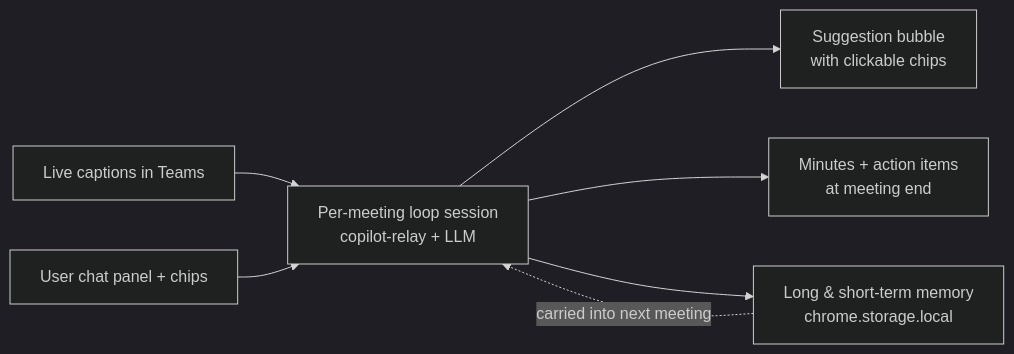
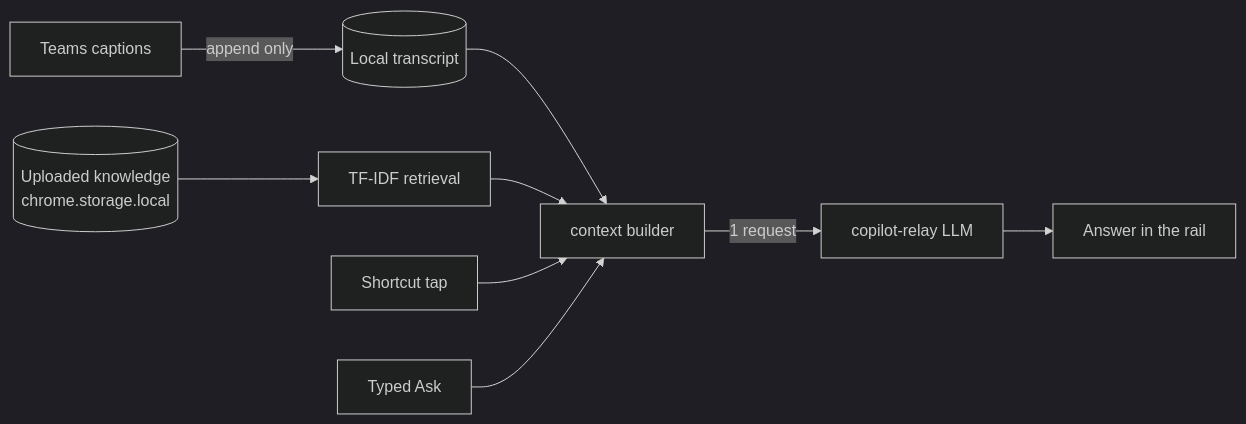
One commit to lalalic/team-mate changed the diagram in README.md. Above: the diagram before and after it, drawn with Mermaid (dark theme). The commit also changed other lines of this file and 56 other files, not shown here.

````diff
--- a/README.md
+++ b/README.md
@@ -15,9 +23,11 @@
 ```mermaid
 flowchart LR
-    Captions[Live captions in Teams] --> Loop
-    UserChat[User chat panel + chips] --> Loop
-    Loop[Per-meeting loop session<br/>copilot-relay + LLM] --> Bubble[Suggestion bubble<br/>with clickable chips]
-    Loop --> Minutes[Minutes + action items<br/>at meeting end]
-    Loop --> Memory[Long & short-term memory<br/>chrome.storage.local]
-    Memory -. carried into next meeting .-> Loop
+    C[Teams captions] -->|append only| T[(Local transcript)]
+    K[(Uploaded knowledge<br/>chrome.storage.local)] --> R[TF-IDF retrieval]
+    T --> Q[context builder]
+    R --> Q
+    U[Shortcut tap] --> Q
+    A[Typed Ask] --> Q
+    Q -->|1 request| L[copilot-relay LLM]
+    L --> V[Answer in the rail]
 ```
````
